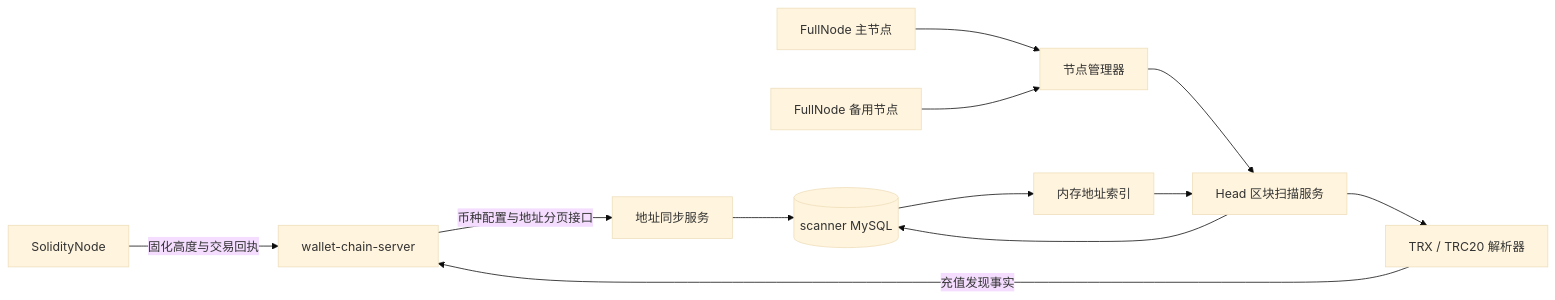
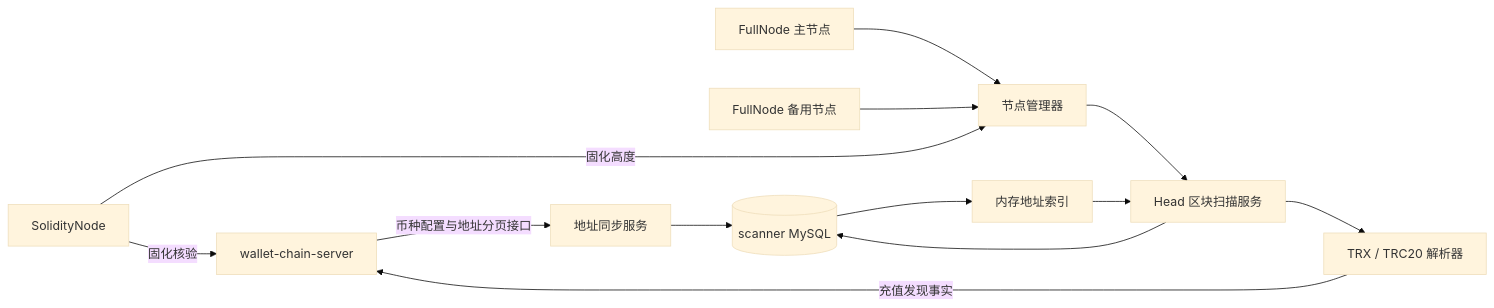
One commit to Jerry-bot2/wallet-tron-scanner changed the diagram in docs/TRON扫描器详细设计.md. Above: the diagram before and after it, drawn with Mermaid (base theme). The commit also changed other lines of this file and 13 other files, not shown here.

````diff
--- a/docs/TRON扫描器详细设计.md
+++ b/docs/TRON扫描器详细设计.md
@@ -54,15 +54,16 @@
 ```mermaid
 flowchart LR
     CS[wallet-chain-server] -->|币种配置与地址分页接口| SYNC[地址同步服务]
     SYNC --> SDB[(scanner MySQL)]
     SDB --> SNAPSHOT[内存地址索引]
 
     NODE1[FullNode 主节点] --> NP[节点管理器]
     NODE2[FullNode 备用节点] --> NP
-    SOLID[SolidityNode] -->|固化高度与交易回执| CS
+    SOLID[SolidityNode] -->|固化高度| NP
+    SOLID -->|固化核验| CS
     NP --> SCAN[Head 区块扫描服务]
     SNAPSHOT --> SCAN
     SCAN --> PARSER[TRX / TRC20 解析器]
     PARSER -->|充值发现事实| CS
     SCAN --> SDB
 ```
````
